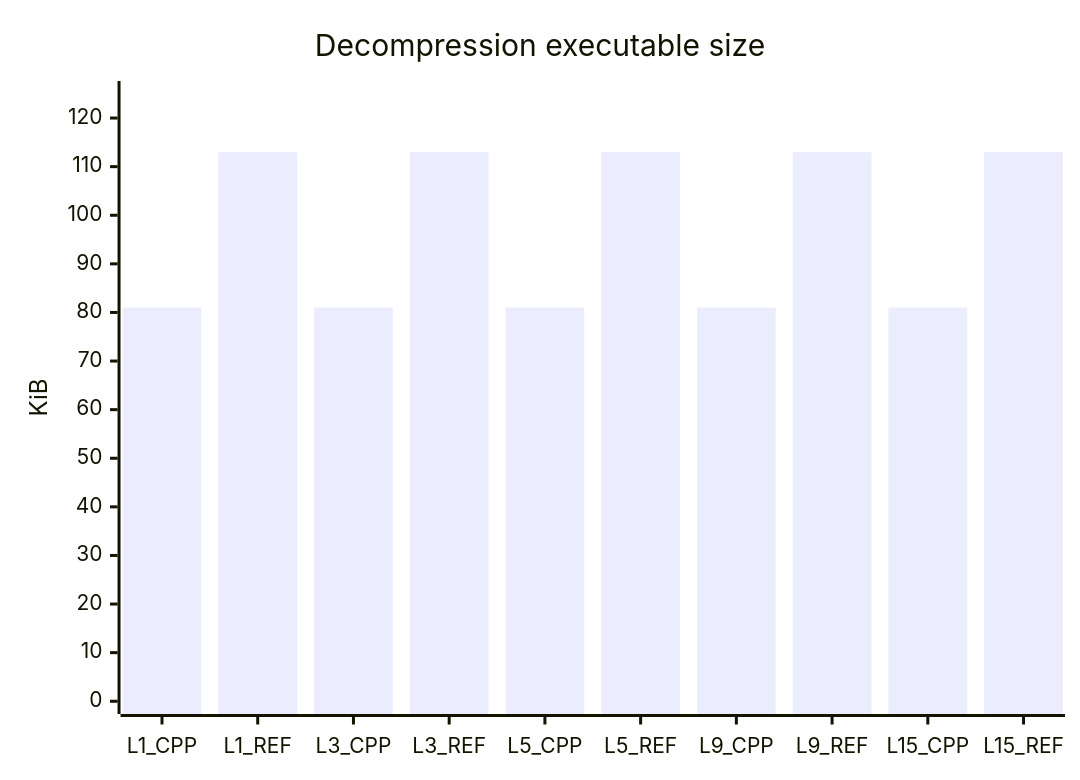
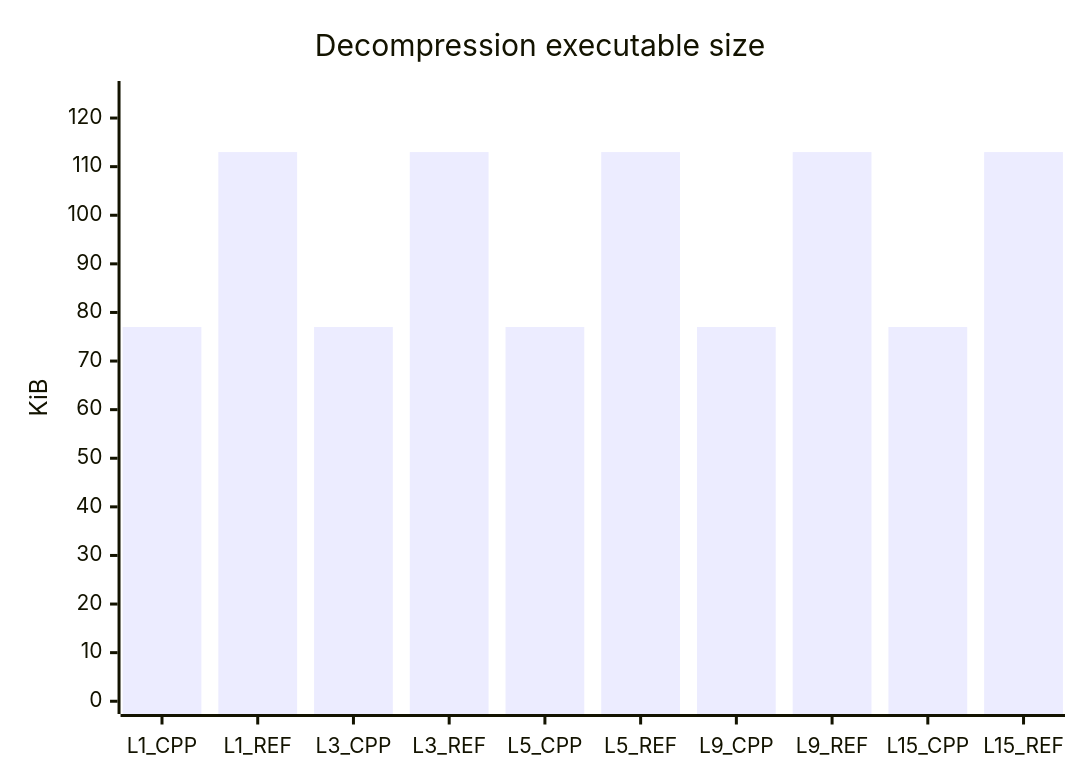
One commit to mheyman/zstdpp changed the seventh of 7 diagrams in README.md. Above: the diagram before and after it, drawn with Mermaid. The commit also changed other lines of this file, not shown here.

````diff
--- a/README.md
+++ b/README.md
@@ -194,7 +194,7 @@
 ```mermaid
 xychart-beta
     title "Decompression executable size"
     x-axis [L1_CPP, L1_REF, L3_CPP, L3_REF, L5_CPP, L5_REF, L9_CPP, L9_REF, L15_CPP, L15_REF]
     y-axis "KiB" 0 --> 125
-    bar [81, 113, 81, 113, 81, 113, 81, 113, 81, 113]
+    bar [77, 113, 77, 113, 77, 113, 77, 113, 77, 113]
 ```
````
